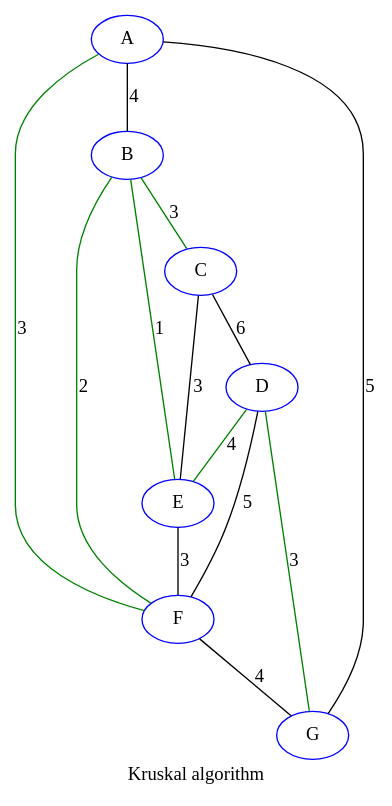
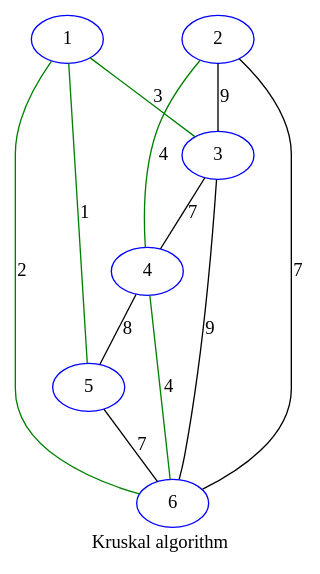
Before and after one commit to sallareznov/m1s2: the diagram in AeA/partie2/tp2/kruskal.dot, drawn with Graphviz. The commit also changed 18 other files, not shown here.

```diff
--- a/AeA/partie2/tp2/kruskal.dot
+++ b/AeA/partie2/tp2/kruskal.dot
@@ -1,23 +1,20 @@
 graph {
 label="Kruskal algorithm"
-G [color=blue]
-E [color=blue]
-F [color=blue]
-C [color=blue]
-D [color=blue]
-A [color=blue]
-B [color=blue]
-A--B[label="4"]
-A--F[label="3",color=green]
-A--G[label="5"]
-B--C[label="3",color=green]
-B--E[label="1",color=green]
-B--F[label="2",color=green]
-C--D[label="6"]
-C--E[label="3"]
-D--E[label="4",color=green]
-D--F[label="5"]
-D--G[label="3",color=green]
-E--F[label="3"]
-F--G[label="4"]
+6 [color=blue]
+5 [color=blue]
+2 [color=blue]
+1 [color=blue]
+4 [color=blue]
+3 [color=blue]
+1--3[label="3",color=green]
+1--5[label="1",color=green]
+1--6[label="2",color=green]
+2--3[label="9"]
+2--4[label="4",color=green]
+2--6[label="7"]
+3--4[label="7"]
+3--6[label="9"]
+4--5[label="8"]
+4--6[label="4",color=green]
+5--6[label="7"]
 }
```
